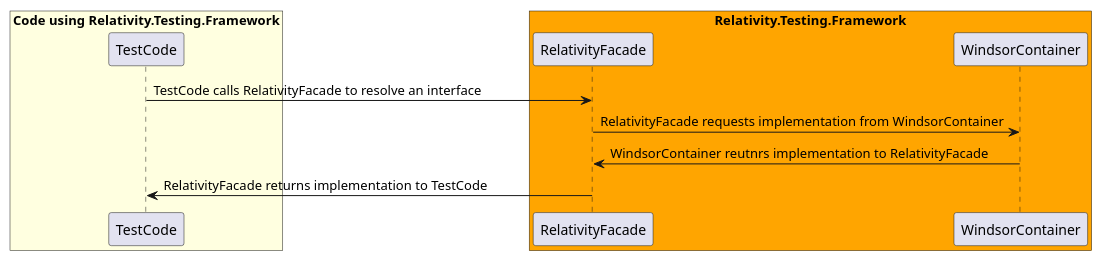
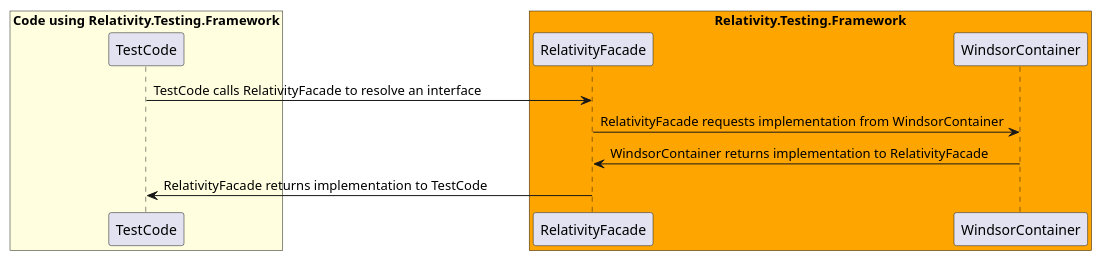
Before and after one commit to relativitydev/relativity.testing.framework: the diagram in docs/dev/SequenceDiagrams/UMLFiles/RegisteredServices.iuml, drawn with PlantUML.

Commit message:
TESTENG-1465: fix typo in returns

```diff
--- a/docs/dev/SequenceDiagrams/UMLFiles/RegisteredServices.iuml
+++ b/docs/dev/SequenceDiagrams/UMLFiles/RegisteredServices.iuml
@@ -1,17 +1,17 @@
 @startuml Relativity.Testing.Framework RegisteredServices Sequence Diagram
 
 box "Code using Relativity.Testing.Framework" #LightYellow
 participant "TestCode"
 end box
 
 box "Relativity.Testing.Framework" #Orange
 participant "RelativityFacade"
 participant "WindsorContainer"
 end box
 
 "TestCode" -> "RelativityFacade" : TestCode calls RelativityFacade to resolve an interface
 "RelativityFacade" -> "WindsorContainer" : RelativityFacade requests implementation from WindsorContainer
-"WindsorContainer" -> "RelativityFacade" : WindsorContainer reutnrs implementation to RelativityFacade
+"WindsorContainer" -> "RelativityFacade" : WindsorContainer returns implementation to RelativityFacade
 "RelativityFacade" -> "TestCode" : RelativityFacade returns implementation to TestCode
 
 @enduml
```
